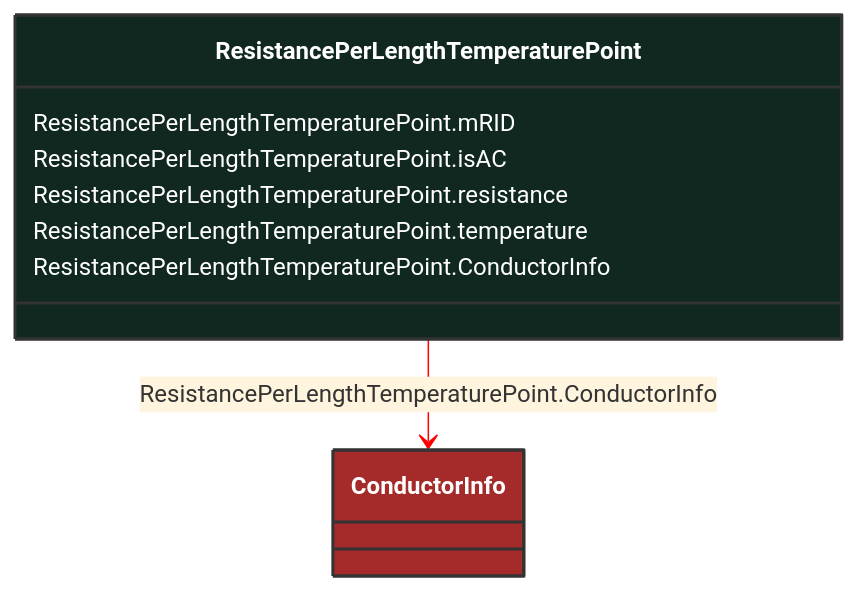
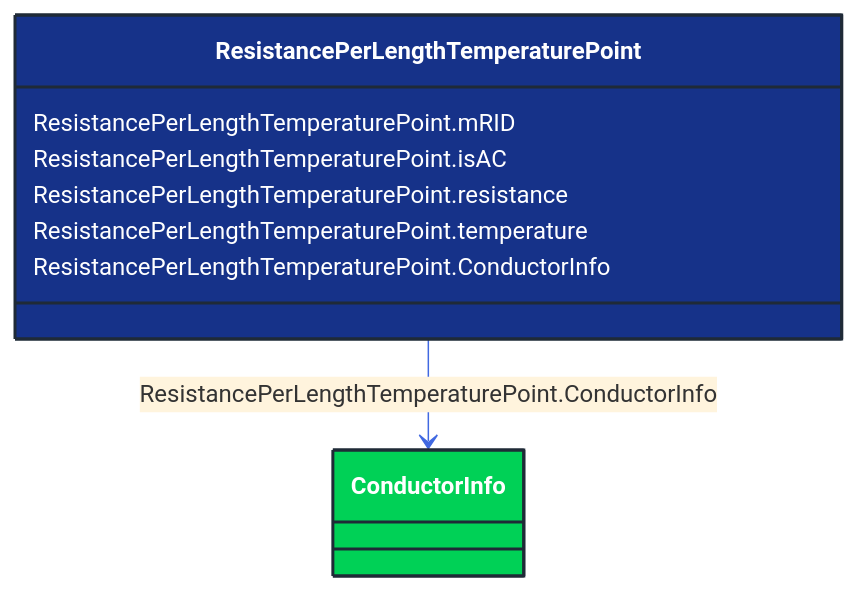
One commit to 3lbits/NoCIMExtensions changed the diagram in docs/Models/Profiles/SubseaCableInfo/ConcreteClasses/ResistancePerLengthTemperaturePoint.md. Above: the diagram before and after it, drawn with Mermaid. The commit also changed 362 other files, not shown here.

First line of the commit message:
Update diagrams and styles for improved visual consistency

````diff
--- a/docs/Models/Profiles/SubseaCableInfo/ConcreteClasses/ResistancePerLengthTemperaturePoint.md
+++ b/docs/Models/Profiles/SubseaCableInfo/ConcreteClasses/ResistancePerLengthTemperaturePoint.md
@@ -8,20 +8,20 @@
 ```mermaid
-%%{init: {'theme':'base','themeVariables': {'lineColor': '#FF0000'}}}%%
+%%{init: {'theme':'base','themeVariables': {'lineColor': '#4169E1'}}}%%
 classDiagram
     class ResistancePerLengthTemperaturePoint
     click ResistancePerLengthTemperaturePoint href "/Models/Profiles/SubseaCableInfo/ConcreteClasses/ResistancePerLengthTemperaturePoint/"
-    style ResistancePerLengthTemperaturePoint fill:#102820,stroke:#333,stroke-width:2px,rx:10,ry:10,color:white
+    style ResistancePerLengthTemperaturePoint fill:#163289,stroke:#1F2A37,stroke-width:2px,rx:10,ry:10,color:white
 
         ResistancePerLengthTemperaturePoint --> ConductorInfo : ResistancePerLengthTemperaturePoint.ConductorInfo
 
         ConductorInfo
             click ConductorInfo href "/Models/Profiles/SubseaCableInfo/AbstractClasses/ConductorInfo/"
-            style ConductorInfo fill:#A52A2A,stroke:#333,stroke-width:2px,rx:10,ry:10,color:white
+            style ConductorInfo fill:#00D156,stroke:#1F2A37,stroke-width:2px,rx:10,ry:10,color:white
 
 
         ResistancePerLengthTemperaturePoint : ResistancePerLengthTemperaturePoint.mRID
         ResistancePerLengthTemperaturePoint : ResistancePerLengthTemperaturePoint.isAC
         ResistancePerLengthTemperaturePoint : ResistancePerLengthTemperaturePoint.resistance
         ResistancePerLengthTemperaturePoint : ResistancePerLengthTemperaturePoint.temperature
         ResistancePerLengthTemperaturePoint : ResistancePerLengthTemperaturePoint.ConductorInfo
 ```
````
